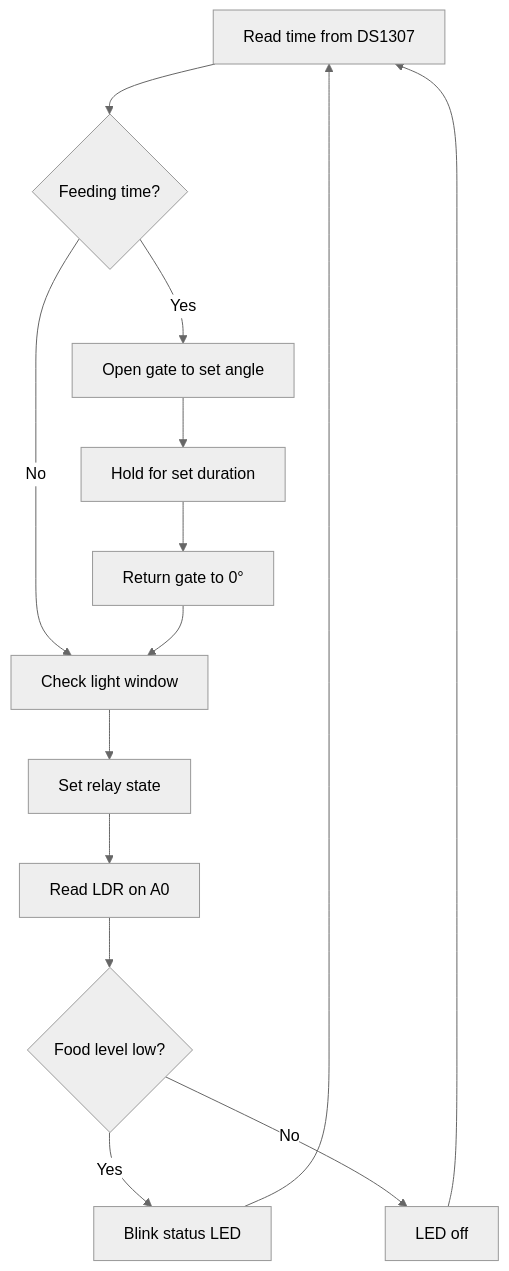
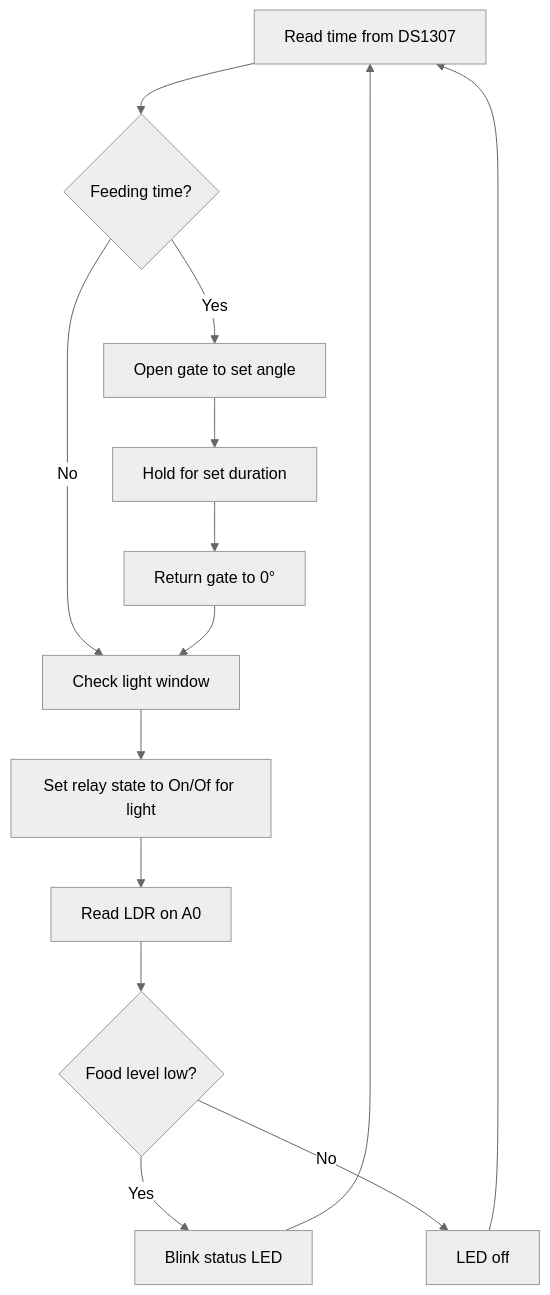
The diagram in README.md (Yadnyesh-Thakare/SDW--SAFF_Smart-Automatic-FIsh-Feeder_), drawn with Mermaid (neutral theme) before and after one commit. The commit also changed other lines of this file, not shown here.

````diff
--- a/README.md
+++ b/README.md
@@ -11,16 +11,16 @@
 ```mermaid
 flowchart TD
     A[Read time from DS1307] --> B{Feeding time?}
     B -- Yes --> C[Open gate to set angle]
     C --> D[Hold for set duration]
     D --> E[Return gate to 0°]
     B -- No --> F[Check light window]
     E --> F
-    F --> G[Set relay state]
+    F --> G[Set relay state to On/Of for light]
     G --> H[Read LDR on A0]
     H --> I{Food level low?}
     I -- Yes --> J[Blink status LED]
     I -- No --> K[LED off]
     J --> A
     K --> A
 ```
````
